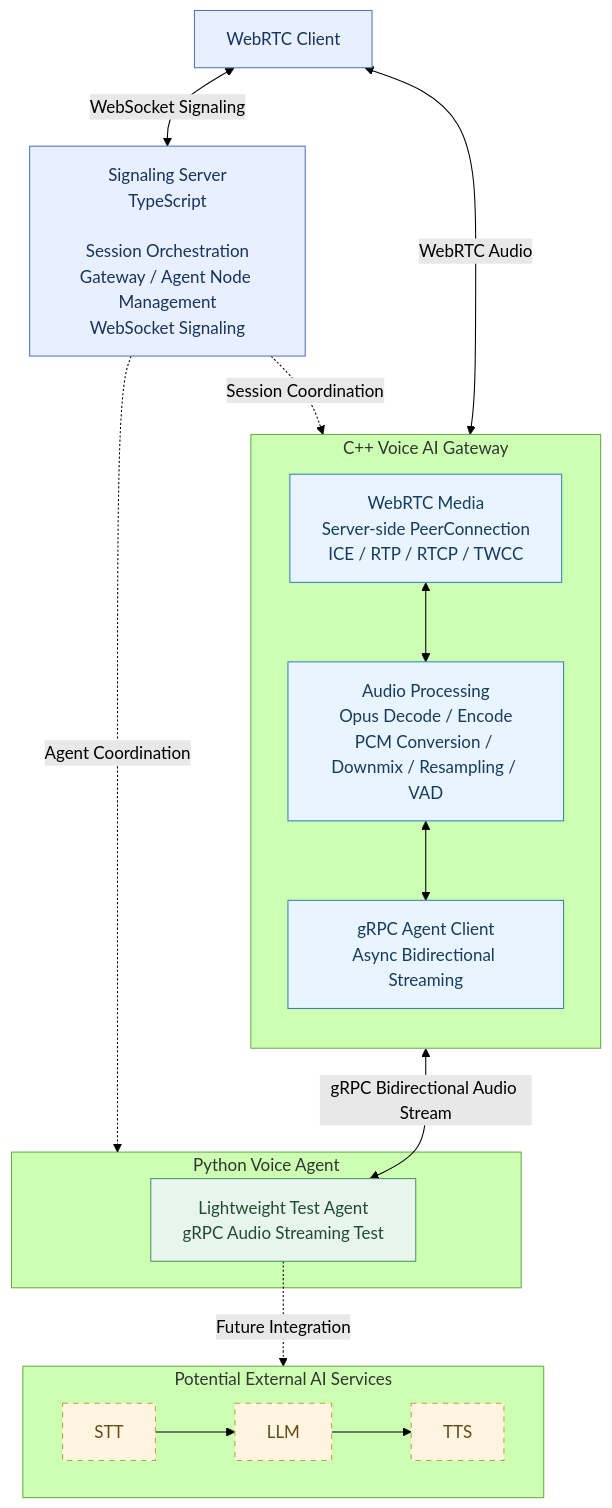
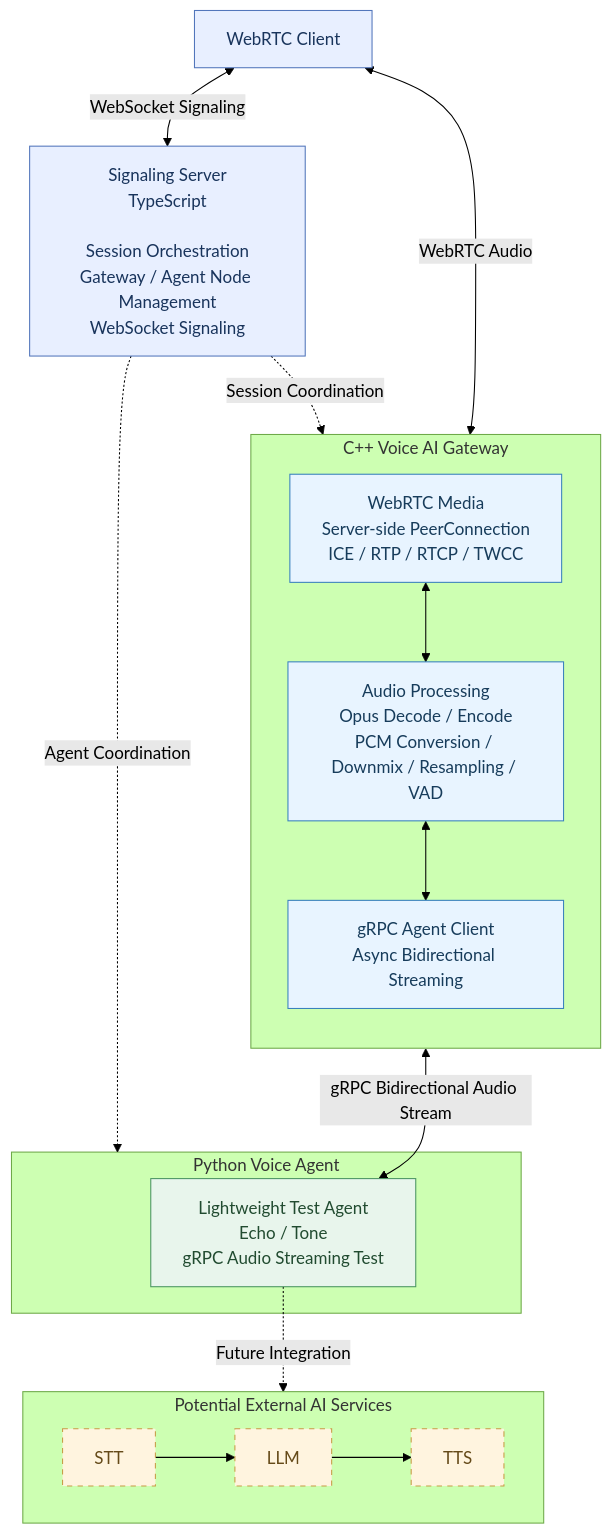
Before and after one commit to aonejj/aone-voice-ai-gateway: the diagram in README.md, drawn with Mermaid (forest theme). The commit also changed other lines of this file and 4 other files, not shown here.

````diff
--- a/README.md
+++ b/README.md
@@ -64,50 +13,50 @@
 ```mermaid
 flowchart TB
     Client["WebRTC Client"]
 
     Signal["Signaling Server<br/>TypeScript<br/><br/>Session Orchestration<br/>Gateway / Agent Node Management<br/>WebSocket Signaling"]
 
     subgraph Gateway["C++ Voice AI Gateway"]
         direction TB
 
         PC["WebRTC Media<br/>Server-side PeerConnection<br/>ICE / RTP / RTCP / TWCC"]
 
         AP["Audio Processing<br/>Opus Decode / Encode<br/>PCM Conversion / Downmix / Resampling / VAD"]
 
         GC["gRPC Agent Client<br/>Async Bidirectional Streaming"]
 
         PC <--> AP
         AP <--> GC
     end
 
     subgraph Agent["Python Voice Agent"]
-        Test["Lightweight Test Agent<br/>gRPC Audio Streaming Test"]
+        Test["Lightweight Test Agent<br/>Echo / Tone<br/>gRPC Audio Streaming Test"]
     end
 
     subgraph Future["Potential External AI Services"]
         direction LR
         STT["STT"]
         LLM["LLM"]
         TTS["TTS"]
         STT --> LLM --> TTS
     end
 
     Client <-->|WebSocket Signaling| Signal
     Signal -.->|Session Coordination| Gateway
     Signal -.->|Agent Coordination| Agent
 
     Client <-->|WebRTC Audio| PC
     GC <-->|gRPC Bidirectional Audio Stream| Test
 
     Test -.->|Future Integration| Future
 
     classDef control fill:#e8efff,stroke:#5276bb,color:#19345c
     classDef gateway fill:#e8f4ff,stroke:#3981bd,color:#173c5b
     classDef agent fill:#e8f5ec,stroke:#4b9563,color:#214b30
     classDef future fill:#fff4df,stroke:#c89b46,color:#654a19,stroke-dasharray:5 5
 
     class Client,Signal control
     class PC,AP,GC gateway
     class Test agent
     class STT,LLM,TTS future
 ```
````
